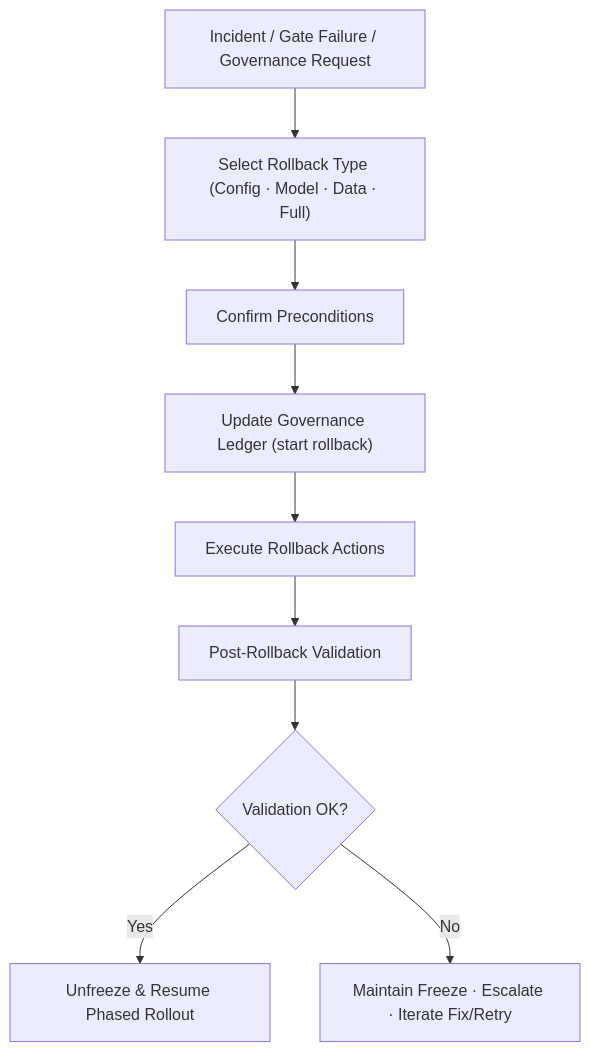
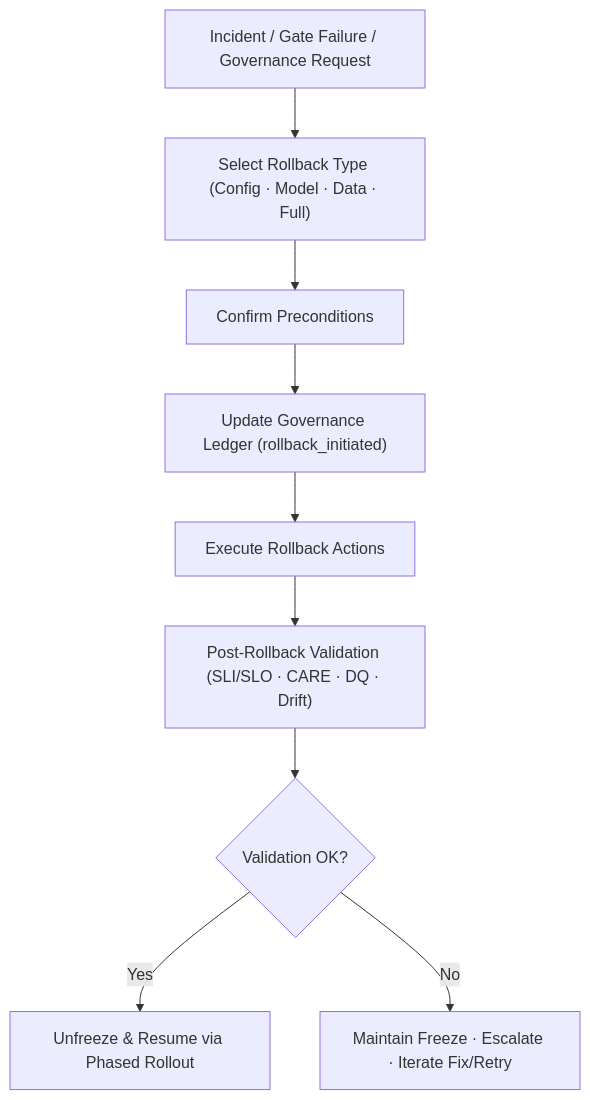
One commit to bartytime4life/Kansas-Frontier-Matrix changed the diagram in docs/pipelines/release/runbooks/rollback-runbook.md. Above: the diagram before and after it, drawn with Mermaid. The commit also changed other lines of this file, not shown here.

````diff
--- a/docs/pipelines/release/runbooks/rollback-runbook.md
+++ b/docs/pipelines/release/runbooks/rollback-runbook.md
@@ -611,12 +163,12 @@
 ```mermaid
 flowchart TD
     A["Incident / Gate Failure / Governance Request"]
       --> B["Select Rollback Type (Config · Model · Data · Full)"]
       --> C["Confirm Preconditions"]
-      --> D["Update Governance Ledger (start rollback)"]
+      --> D["Update Governance Ledger (rollback_initiated)"]
       --> E["Execute Rollback Actions"]
-      --> F["Post-Rollback Validation"]
+      --> F["Post-Rollback Validation (SLI/SLO · CARE · DQ · Drift)"]
       --> G{"Validation OK?"}
-      G -->|Yes| H["Unfreeze & Resume Phased Rollout"]
+      G -->|Yes| H["Unfreeze & Resume via Phased Rollout"]
       G -->|No| I["Maintain Freeze · Escalate · Iterate Fix/Retry"]
 ```
````
